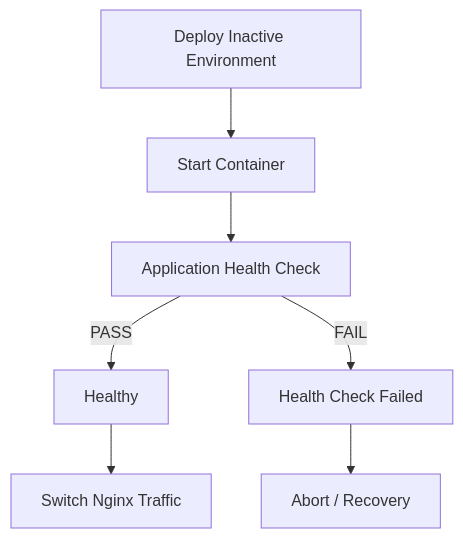
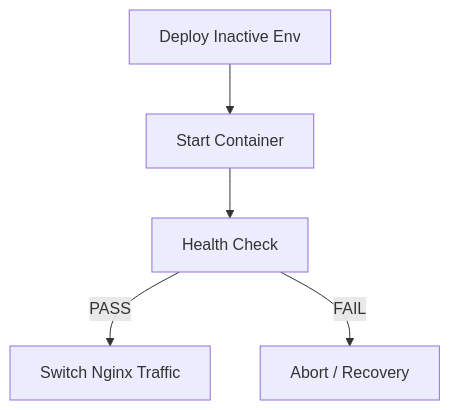
Before and after one commit to hammadqureshi31/innova360-production-engineering: the fourth of 6 diagrams in README.md, drawn with Mermaid. The commit also changed other lines of this file, not shown here.

````diff
--- a/README.md
+++ b/README.md
@@ -591,17 +286,6 @@
-```mermaid id="3xqg2c"
+```mermaid
 flowchart TD
-    Deploy["Deploy Inactive Environment"]
-    Start["Start Container"]
-    Health["Application Health Check"]
-    Pass["Healthy"]
-    Fail["Health Check Failed"]
-    Switch["Switch Nginx Traffic"]
-    Rollback["Abort / Recovery"]
-
-    Deploy --> Start
-    Start --> Health
-    Health -->|PASS| Pass
-    Health -->|FAIL| Fail
-    Pass --> Switch
-    Fail --> Rollback
+    Deploy["Deploy Inactive Env"] --> Start["Start Container"] --> Health["Health Check"]
+    Health -->|PASS| Switch["Switch Nginx Traffic"]
+    Health -->|FAIL| Rollback["Abort / Recovery"]
 ```
````
